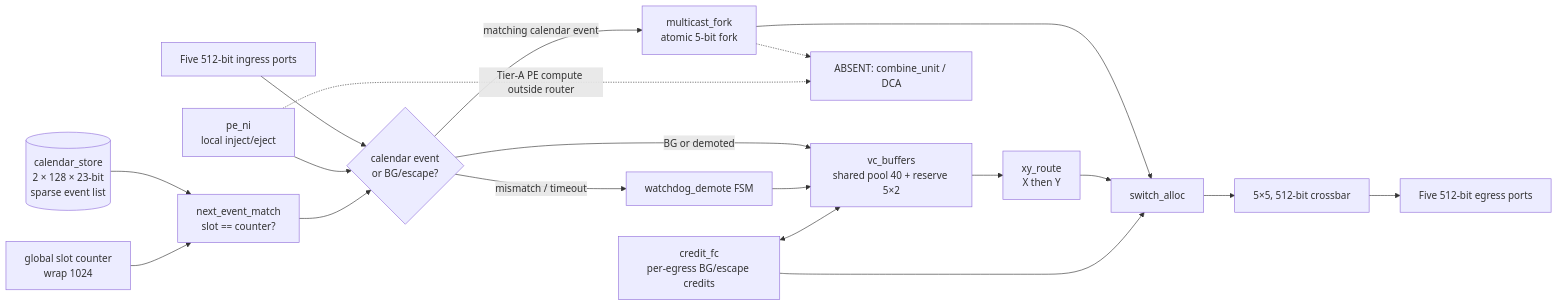
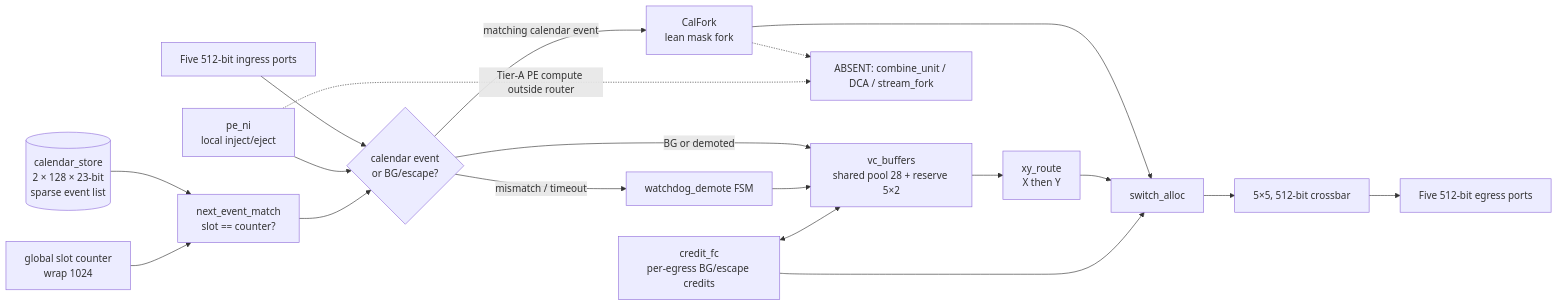
One commit to lukebest/booksim2 changed the diagram in docs/phase-2-architecture/architecture.md. Above: the diagram before and after it, drawn with Mermaid. The commit also changed other lines of this file and 30 other files, not shown here.

First line of the commit message:
dse: Trial 5 Arch-A5 CalFork + lean SharedPool — area 0.746×

````diff
--- a/docs/phase-2-architecture/architecture.md
+++ b/docs/phase-2-architecture/architecture.md
@@ -20,24 +23,24 @@
 ```mermaid
 flowchart LR
   mesh_in[Five 512-bit ingress ports] --> classify{calendar event<br/>or BG/escape?}
   pe_ni[pe_ni<br/>local inject/eject] --> classify
   slot_ctr[global slot counter<br/>wrap 1024]
   calendar_store[(calendar_store<br/>2 × 128 × 23-bit<br/>sparse event list)]
   calendar_store --> next_match[next_event_match<br/>slot == counter?]
   slot_ctr --> next_match
   next_match --> classify
-  classify -->|matching calendar event| multicast_fork[multicast_fork<br/>atomic 5-bit fork]
-  multicast_fork --> switch_alloc[switch_alloc]
-  classify -->|BG or demoted| vc_buffers[vc_buffers<br/>shared pool 40 + reserve 5×2]
+  classify -->|matching calendar event| cal_fork[CalFork<br/>lean mask fork]
+  cal_fork --> switch_alloc[switch_alloc]
+  classify -->|BG or demoted| vc_buffers[vc_buffers<br/>shared pool 28 + reserve 5×2]
   vc_buffers --> xy_route[xy_route<br/>X then Y]
   xy_route --> switch_alloc
   classify -->|mismatch / timeout| watchdog_demote[watchdog_demote FSM]
   watchdog_demote --> vc_buffers
   switch_alloc --> crossbar[5×5, 512-bit crossbar]
   crossbar --> mesh_out[Five 512-bit egress ports]
   credit_fc[credit_fc<br/>per-egress BG/escape credits] <--> vc_buffers
   credit_fc --> switch_alloc
-  absent[ABSENT: combine_unit / DCA]
-  multicast_fork -.-> absent
+  absent[ABSENT: combine_unit / DCA / stream_fork]
+  cal_fork -.-> absent
   pe_ni -.->|Tier-A PE compute outside router| absent
 ```
````
